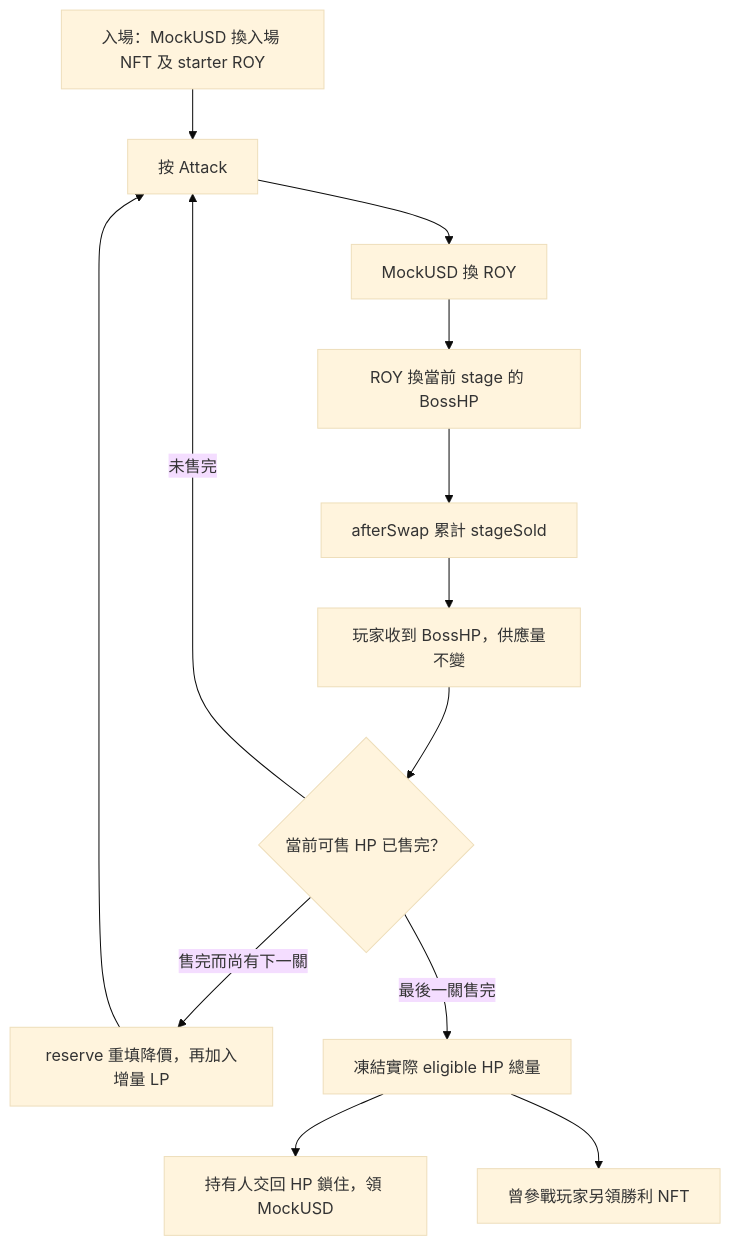
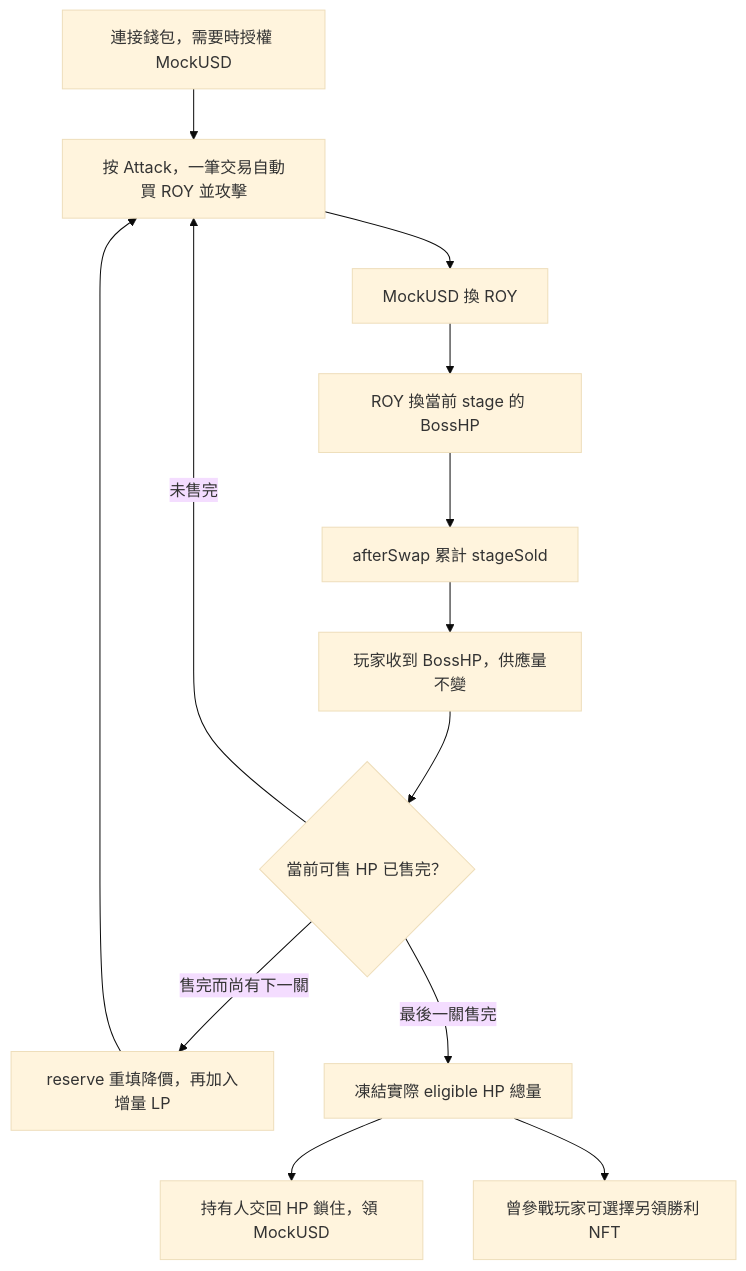
One commit to 0xroylee/eth-global-2026-tokyo changed the first of 4 diagrams in docs/contract-game-diagrams.md. Above: the diagram before and after it, drawn with Mermaid (base theme). The commit also changed other lines of this file and 20 other files, not shown here.

Commit message:
feat: allow attacks without entry NFT

````diff
--- a/docs/contract-game-diagrams.md
+++ b/docs/contract-game-diagrams.md
@@ -7,15 +7,15 @@
 ```mermaid
 flowchart TD
-    Entry["入場：MockUSD 換入場 NFT 及 starter ROY"] --> Attack["按 Attack"]
+    Entry["連接錢包，需要時授權 MockUSD"] --> Attack["按 Attack，一筆交易自動買 ROY 並攻擊"]
     Attack --> Hop1["MockUSD 換 ROY"]
     Hop1 --> Hop2["ROY 換當前 stage 的 BossHP"]
     Hop2 --> Count["afterSwap 累計 stageSold"]
     Count --> Receive["玩家收到 BossHP，供應量不變"]
     Receive --> Check{"當前可售 HP 已售完？"}
     Check -->|未售完| Attack
     Check -->|售完而尚有下一關| Release["reserve 重填降價，再加入增量 LP"]
     Release --> Attack
     Check -->|最後一關售完| Victory["凍結實際 eligible HP 總量"]
     Victory --> Claim["持有人交回 HP 鎖住，領 MockUSD"]
-    Victory --> NFT["曾參戰玩家另領勝利 NFT"]
+    Victory --> NFT["曾參戰玩家可選擇另領勝利 NFT"]
 ```
````
